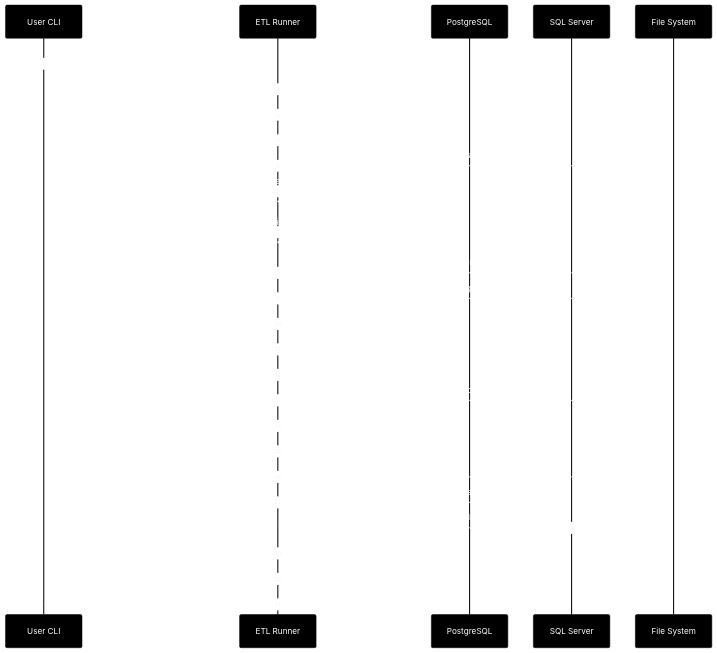
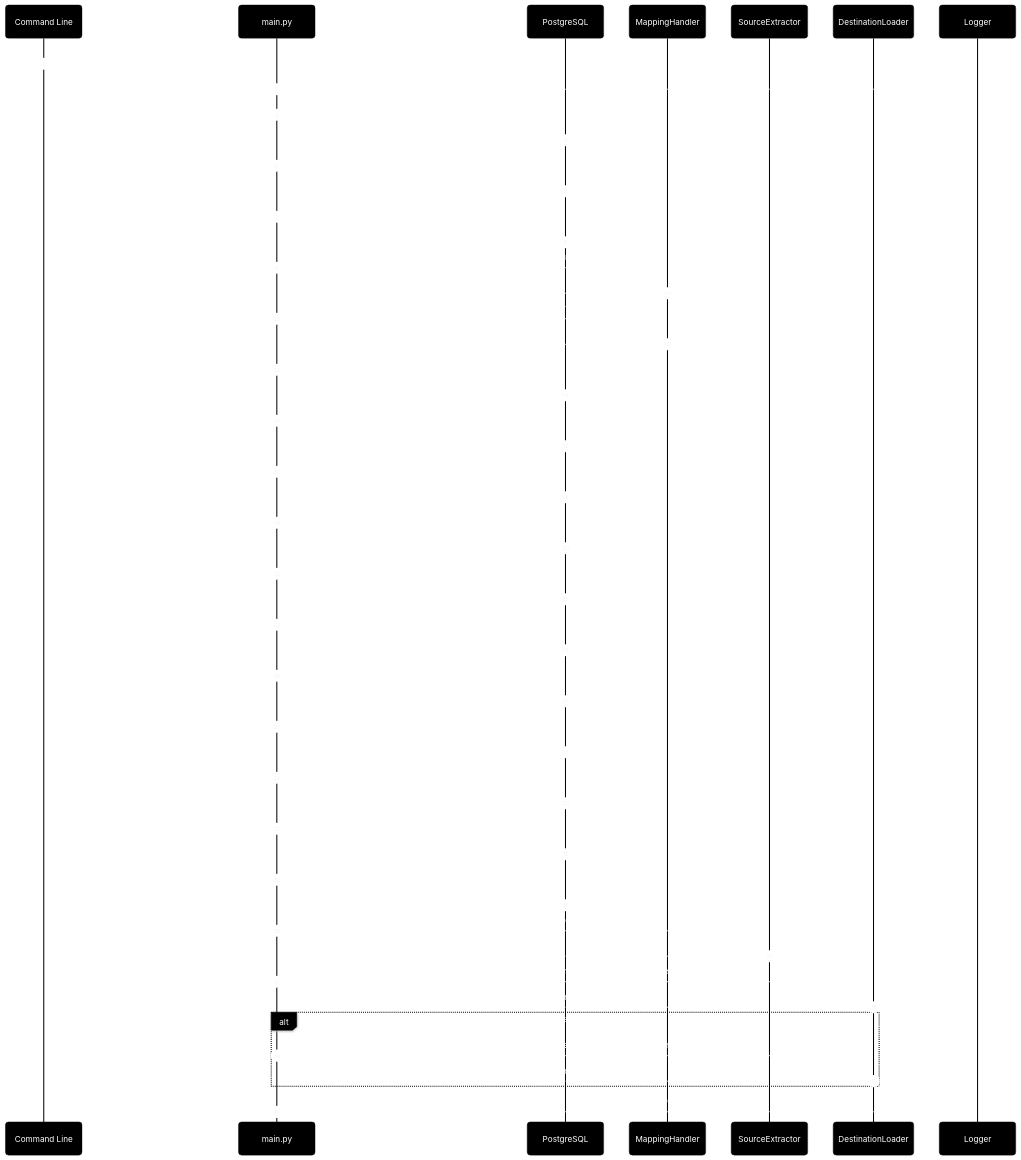
The diagram in README.md (kimberly-emerson/python-etl-sql-postgres), drawn with Mermaid before and after one commit. The commit also changed other lines of this file and 20 other files, not shown here.

````diff
--- a/README.md
+++ b/README.md
@@ -10,45 +83,74 @@
 ```mermaid
 ---
   config:
     theme: base
+    look: neo
     themeVariables:
       primaryColor: "#000"
       primaryTextColor: "#fff"
       fontColor: "#000"
 ---
 sequenceDiagram
     autonumber
-    participant CLI as User CLI
-    participant ETL as ETL Runner
+    participant CLI as Command Line
+    participant Main as main.py
     participant PG as PostgreSQL
-    participant SQL as SQL Server
-    participant FS as File System
+    participant Map as MappingHandler
+    participant Extract as SourceExtractor
+    participant Load as DestinationLoader
+    participant Log as Logger
 
-    CLI->>ETL: Run ETL with --database and --seed-test-database
-    ETL->>PG: Drop production database
-    ETL->>PG: Drop test database
-    ETL->>PG: Drop role
+    CLI->>Main: Start ETL with args (database, seed_test_database)
+    Main->>Log: Log "STARTING ETL"
+    
+    Main->>PG: drop_database(database)
+    PG-->>Main: confirm drop
+    Main->>PG: drop_database(test_database)
+    PG-->>Main: confirm drop
+    Main->>PG: drop_role(database)
+    PG-->>Main: confirm drop
 
-    ETL->>FS: Read mapping.csv
-    ETL->>ETL: Generate source mapping JSON
-    ETL->>ETL: Generate destination mapping JSON
-    ETL->>FS: Write mapping_source.json
-    ETL->>FS: Write mapping_destination.json
+    Main->>Map: build_mapping_data("source", mapping.csv, mapping_source.json)
+    Map-->>Main: confirm source mapping
+    Main->>Map: build_mapping_data("destination", mapping.csv, mapping_destination.json)
+    Map-->>Main: confirm destination mapping
 
-    ETL->>PG: Create production database
-    ETL->>PG: Create test database
-    ETL->>PG: Create roles, schemas, grants
+    Main->>PG: create_database(database)
+    PG-->>Main: confirm create
+    Main->>PG: create_role(database)
+    PG-->>Main: confirm create
+    Main->>PG: grant_database_permissions(database)
+    PG-->>Main: confirm grant
+    Main->>PG: create_database_schemas(database)
+    PG-->>Main: confirm create
+    Main->>PG: grant_table_permissions(database)
+    PG-->>Main: confirm grant
 
-    ETL->>FS: Read destination mapping JSON
-    ETL->>PG: Execute CREATE TABLE scripts (prod)
-    ETL->>PG: Execute CREATE TABLE scripts (test)
+    Main->>PG: create_database(test_database)
+    PG-->>Main: confirm create
+    Main->>PG: grant_database_permissions(test_database)
+    PG-->>Main: confirm grant
+    Main->>PG: create_database_schemas(test_database)
+    PG-->>Main: confirm create
+    Main->>PG: grant_table_permissions(test_database)
+    PG-->>Main: confirm grant
 
-    ETL->>FS: Read source mapping JSON
-    ETL->>SQL: Execute SELECT queries
-    SQL-->>ETL: Return extracted source data
+    Main->>PG: create_database_tables(database, mapping_destination.json)
+    PG-->>Main: confirm tables
+    Main->>PG: create_database_tables(test_database, mapping_destination.json)
+    PG-->>Main: confirm tables
 
-    ETL->>PG: Execute INSERT queries (prod)
-    ETL->>PG: Execute INSERT queries (test, if seeded)
+    Main->>Extract: extract_source_data(mapping_source.json)
+    Extract-->>Main: return source_data
 
-    ETL-->>CLI: ETL completed
+    Main->>Load: load_destination_tables(database, mapping_destination.json, source_data)
+    Load-->>Main: confirm load
+
+    alt seed_test_database == True
+        Main->>Load: load_destination_tables(test_database, mapping_destination.json, source_data)
+        Load-->>Main: confirm load
+    end
+
+    Main->>Log: Log "ETL COMPLETED"
+
 ```
````
